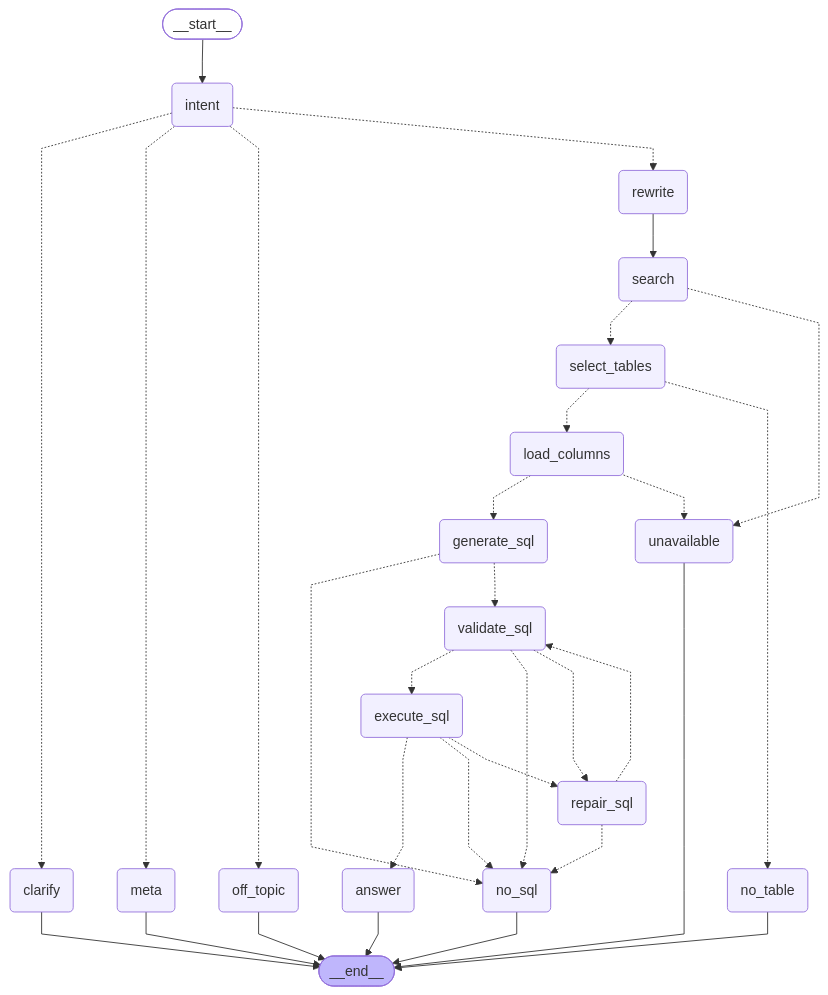
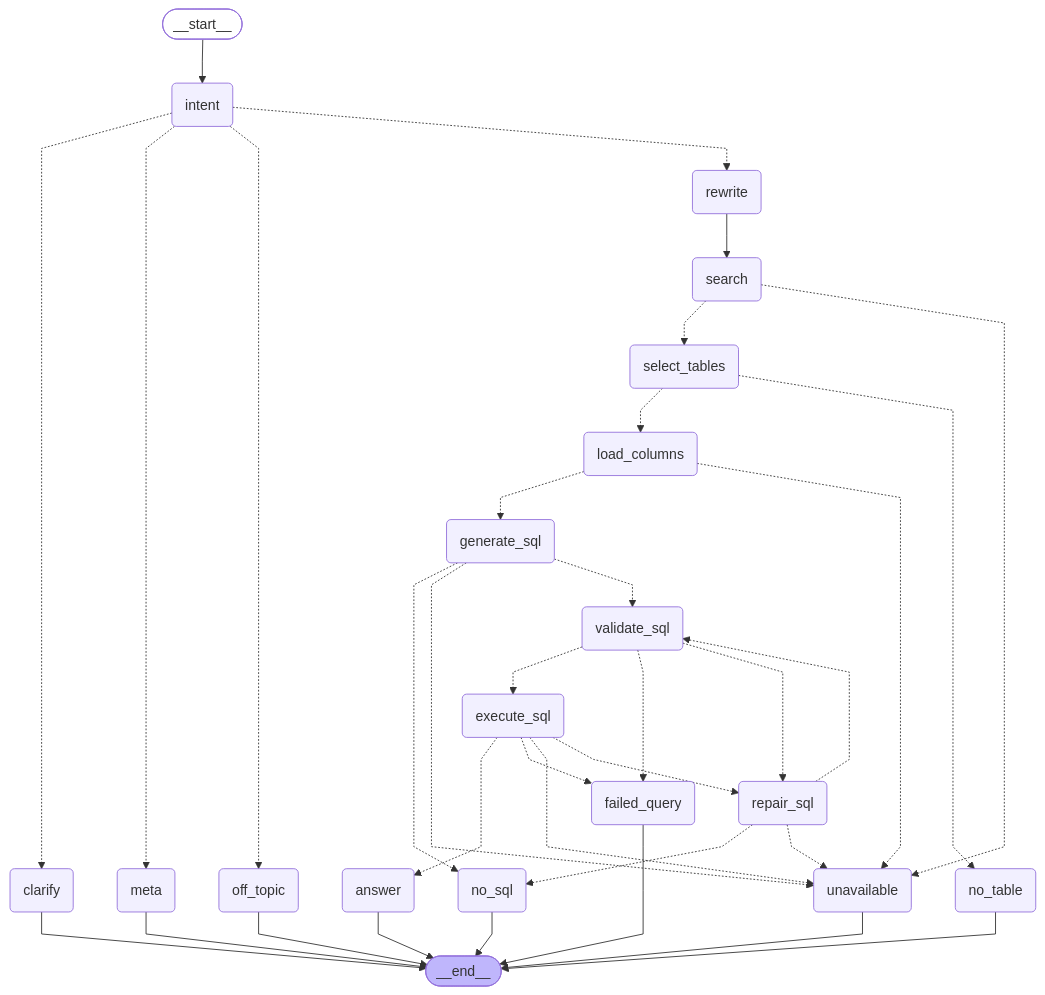
One commit to danmac423/us-population-agent changed the diagram in docs/graph.md. Above: the diagram before and after it, drawn with Mermaid. The commit also changed 12 other files, not shown here.

````diff
--- a/docs/graph.md
+++ b/docs/graph.md
@@ -5,58 +5,63 @@
 ```mermaid
 ---
 config:
   flowchart:
     curve: linear
 ---
 graph TD;
 	__start__([<p>__start__</p>]):::first
 	intent(intent)
 	rewrite(rewrite)
 	search(search)
 	select_tables(select_tables)
 	load_columns(load_columns)
 	generate_sql(generate_sql)
 	repair_sql(repair_sql)
 	validate_sql(validate_sql)
 	execute_sql(execute_sql)
 	answer(answer)
 	no_table(no_table)
 	no_sql(no_sql)
+	failed_query(failed_query)
 	unavailable(unavailable)
 	clarify(clarify)
 	meta(meta)
 	off_topic(off_topic)
 	__end__([<p>__end__</p>]):::last
 	__start__ --> intent;
 	execute_sql -.-> answer;
-	execute_sql -.-> no_sql;
+	execute_sql -.-> failed_query;
+	execute_sql -.-> unavailable;
 	execute_sql -.-> repair_sql;
 	generate_sql -.-> no_sql;
+	generate_sql -.-> unavailable;
 	generate_sql -.-> validate_sql;
 	intent -.-> clarify;
 	intent -.-> meta;
 	intent -.-> off_topic;
 	intent -.-> rewrite;
 	load_columns -.-> generate_sql;
 	load_columns -.-> unavailable;
 	repair_sql -.-> no_sql;
+	repair_sql -.-> unavailable;
 	repair_sql -.-> validate_sql;
 	rewrite --> search;
 	search -.-> select_tables;
 	search -.-> unavailable;
 	select_tables -.-> load_columns;
 	select_tables -.-> no_table;
 	validate_sql -.-> execute_sql;
-	validate_sql -.-> no_sql;
+	validate_sql -.-> failed_query;
 	validate_sql -.-> repair_sql;
 	answer --> __end__;
 	clarify --> __end__;
+	failed_query --> __end__;
 	meta --> __end__;
 	no_sql --> __end__;
 	no_table --> __end__;
 	off_topic --> __end__;
 	unavailable --> __end__;
 	classDef default fill:#f2f0ff,line-height:1.2
 	classDef first fill-opacity:0
 	classDef last fill:#bfb6fc
 ```
````
